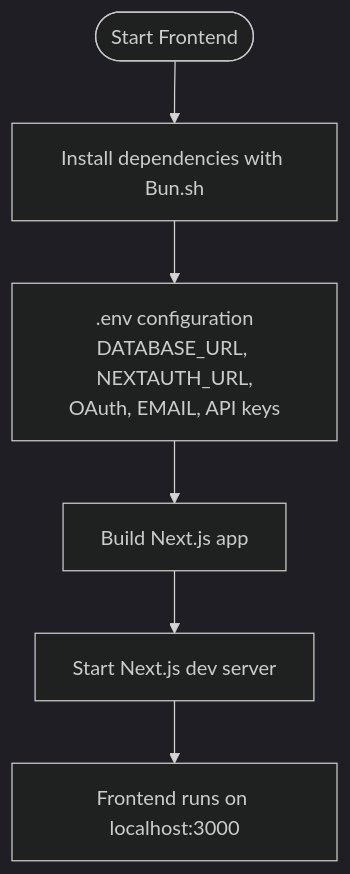
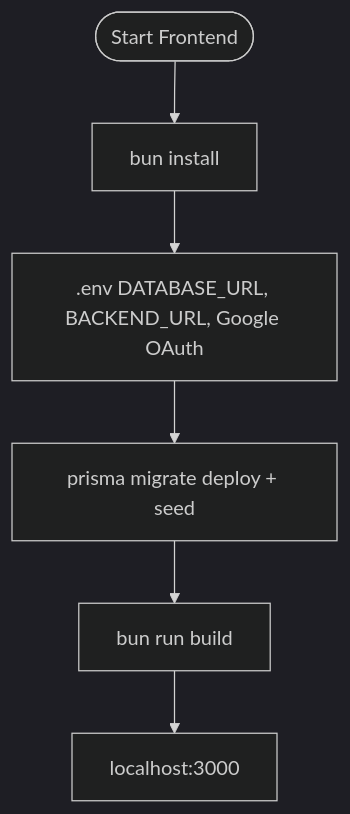
Before and after one commit to tashifkhan/tashif.codes: the fourth of 8 diagrams in src/data/docs/talentsync/Getting Started.md, drawn with Mermaid (dark theme). The commit also changed other lines of this file and 2128 other files, not shown here.

First line of the commit message:
docs: replace raster diagram images with native Mermaid across project guides

````diff
--- a/src/data/docs/talentsync/Getting Started.md
+++ b/src/data/docs/talentsync/Getting Started.md
@@ -118,8 +167,8 @@
 ```mermaid
 flowchart TD
-StartFE(["Start Frontend"]) --> InstallFE["Install dependencies with Bun.sh"]
-InstallFE --> EnvFE[".env configuration<br/>DATABASE_URL, NEXTAUTH_URL,<br/>OAuth, EMAIL, API keys"]
-EnvFE --> BuildFE["Build Next.js app"]
-BuildFE --> RunFE["Start Next.js dev server"]
-RunFE --> PortFE["Frontend runs on localhost:3000"]
+StartFE(["Start Frontend"]) --> InstallFE["bun install"]
+InstallFE --> EnvFE[".env DATABASE_URL, BACKEND_URL, Google OAuth"]
+EnvFE --> Migrate["prisma migrate deploy + seed"]
+Migrate --> BuildFE["bun run build"]
+BuildFE --> PortFE["localhost:3000"]
 ```
````
